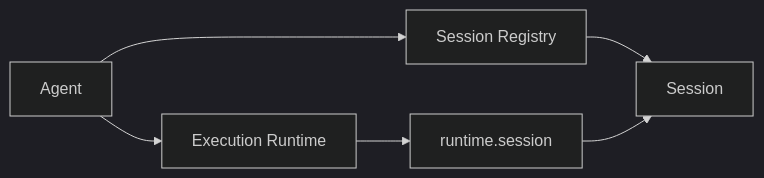
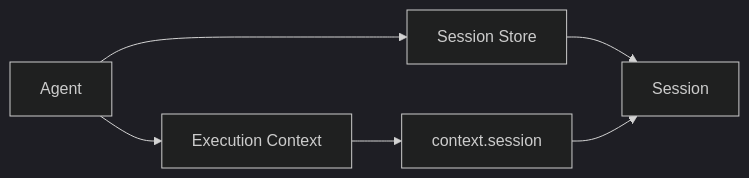
One commit to wangenius/downcity changed the first of 2 diagrams in homepage/content/docs/zh/concepts/service-runtime.mdx. Above: the diagram before and after it, drawn with Mermaid (dark theme). The commit also changed other lines of this file and 96 other files, not shown here.

````diff
--- a/homepage/content/docs/zh/concepts/service-runtime.mdx
+++ b/homepage/content/docs/zh/concepts/service-runtime.mdx
@@ -51,8 +51,8 @@
 ```mermaid
 flowchart LR
-  A["Agent"] --> ER["Execution Runtime"]
-  A --> SR["Session Registry"]
+  A["Agent"] --> EC["Execution Context"]
+  A --> SR["Session Store"]
   SR --> S["Session"]
-  ER --> SP["runtime.session"]
+  EC --> SP["context.session"]
   SP --> S
 ```
````
